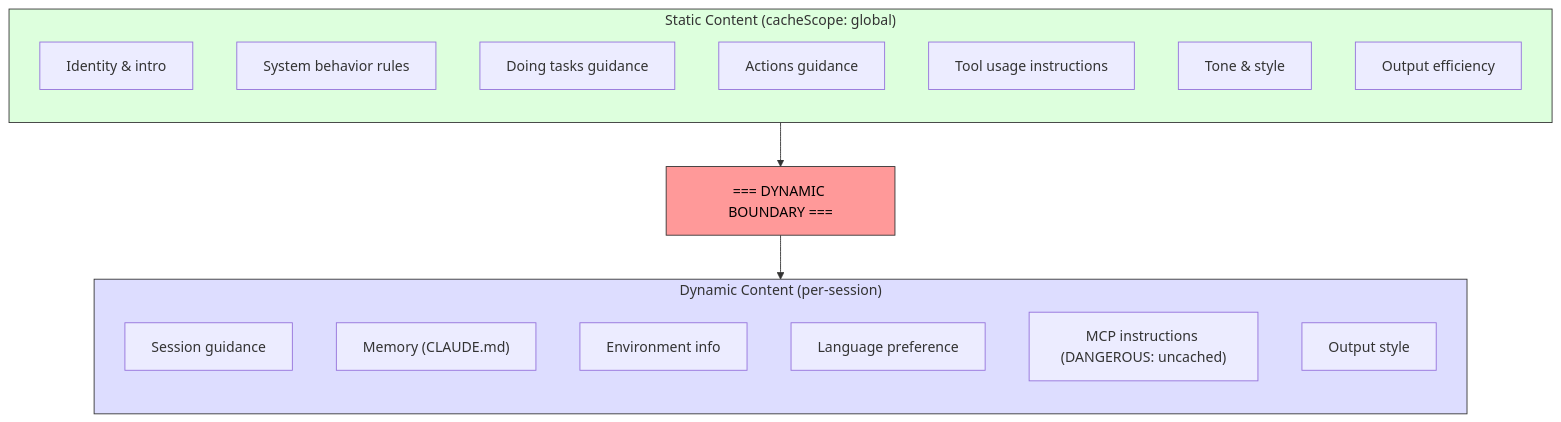
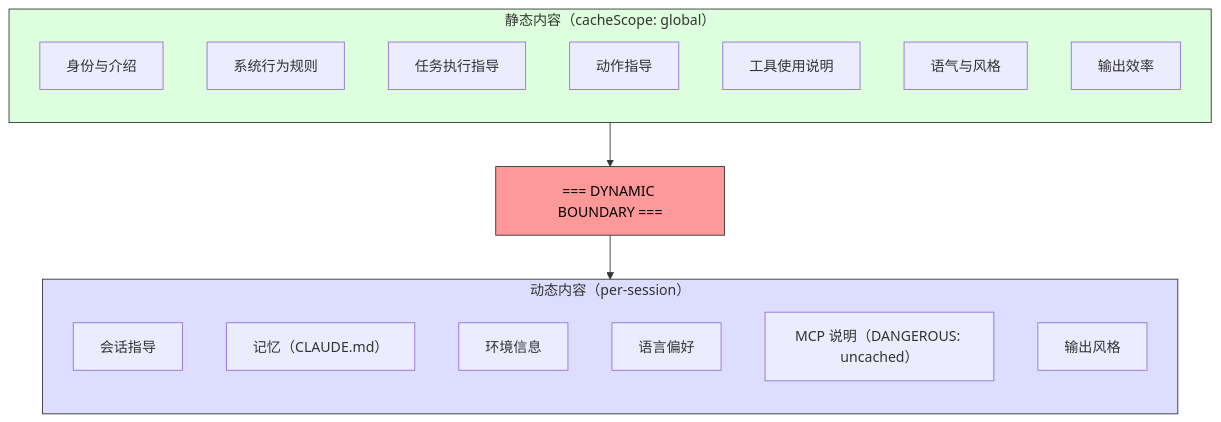
Before and after one commit to quanuanc/claude-code-from-source: the third of 3 diagrams in book-zh/ch04-api-layer.md, drawn with Mermaid. The commit also changed other lines of this file and 2 other files, not shown here.

````diff
--- a/book-zh/ch04-api-layer.md
+++ b/book-zh/ch04-api-layer.md
@@ -86,31 +79,31 @@
 ```mermaid
 flowchart TD
-    subgraph Static["Static Content (cacheScope: global)"]
+    subgraph Static["静态内容（cacheScope: global）"]
         direction TB
-        S1["Identity & intro"]
-        S2["System behavior rules"]
-        S3["Doing tasks guidance"]
-        S4["Actions guidance"]
-        S5["Tool usage instructions"]
-        S6["Tone & style"]
-        S7["Output efficiency"]
+        S1["身份与介绍"]
+        S2["系统行为规则"]
+        S3["任务执行指导"]
+        S4["动作指导"]
+        S5["工具使用说明"]
+        S6["语气与风格"]
+        S7["输出效率"]
     end
 
     B["=== DYNAMIC BOUNDARY ==="]
 
-    subgraph Dynamic["Dynamic Content (per-session)"]
+    subgraph Dynamic["动态内容（per-session）"]
         direction TB
-        D1["Session guidance"]
-        D2["Memory (CLAUDE.md)"]
-        D3["Environment info"]
-        D4["Language preference"]
-        D5["MCP instructions (DANGEROUS: uncached)"]
-        D6["Output style"]
+        D1["会话指导"]
+        D2["记忆（CLAUDE.md）"]
+        D3["环境信息"]
+        D4["语言偏好"]
+        D5["MCP 说明（DANGEROUS: uncached）"]
+        D6["输出风格"]
     end
 
     Static --> B --> Dynamic
 
     style B fill:#f99,stroke:#333,color:#000
     style Static fill:#dfd,stroke:#333
     style Dynamic fill:#ddf,stroke:#333
 ```
````
